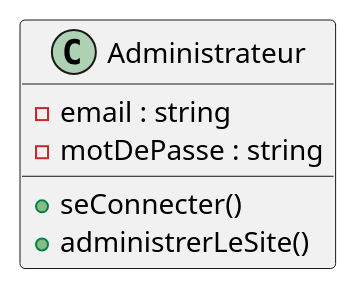
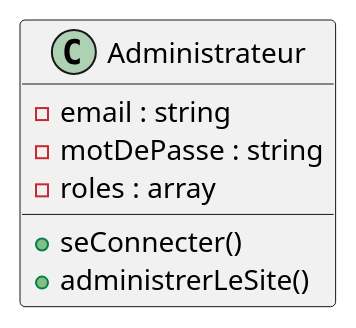
The diagram in Class/Admininstrateur.puml (laurasullyalexandrine/expressfood), drawn with PlantUML before and after one commit. The commit also changed 4 other files, not shown here.

```diff
--- a/Class/Admininstrateur.puml
+++ b/Class/Admininstrateur.puml
@@ -1,11 +1,12 @@
 @startuml Administrateur
 
 Class Administrateur {
     - email : string
     - motDePasse : string
+    - roles : array
     
     + seConnecter()
     + administrerLeSite()
 }
 
 @enduml
```
